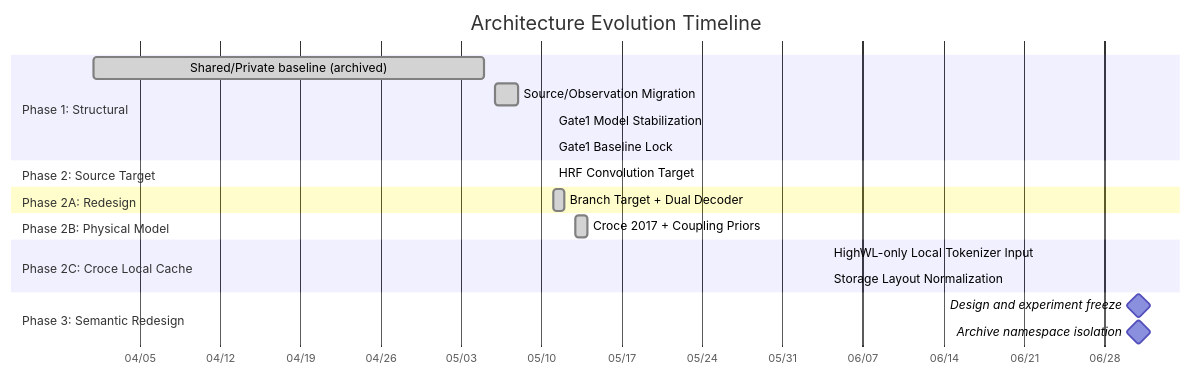
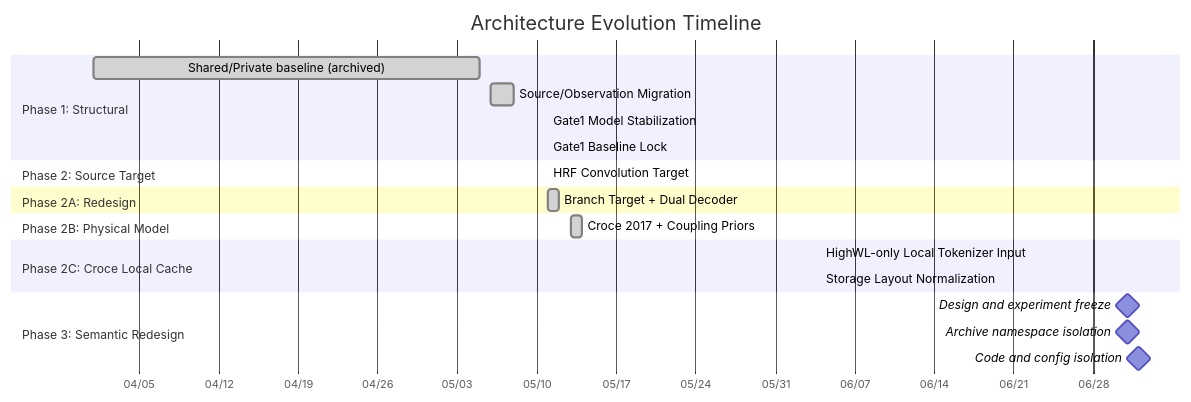
The diagram in docs/architecture_changelog/INDEX.md (Kevin65536/PID-MCM), drawn with Mermaid before and after one commit. The commit also changed other lines of this file and 249 other files, not shown here.

````diff
--- a/docs/architecture_changelog/INDEX.md
+++ b/docs/architecture_changelog/INDEX.md
@@ -12,25 +12,26 @@
 ```mermaid
 gantt
     accTitle: Architecture evolution timeline
     accDescr: The source observation lineage is complete through the Croce local runtime, followed by a planned physiology semantic tokenizer redesign.
     title Architecture Evolution Timeline
     dateFormat  YYYY-MM-DD
     axisFormat  %m/%d
     section Phase 1: Structural
         Shared/Private baseline (archived) :done, 2026-04-01, 2026-05-05
         Source/Observation Migration      :done, 2026-05-06, 2026-05-08
         Gate1 Model Stabilization         :done, 2026-05-11, 2026-05-11
         Gate1 Baseline Lock               :done, 2026-05-11, 2026-05-11
     section Phase 2: Source Target
         HRF Convolution Target            :done, 2026-05-11, 2026-05-11
     section Phase 2A: Redesign
         Branch Target + Dual Decoder      :done, 2026-05-11, 2026-05-12
     section Phase 2B: Physical Model
         Croce 2017 + Coupling Priors      :done, 2026-05-13, 2026-05-14
     section Phase 2C: Croce Local Cache
         HighWL-only Local Tokenizer Input :done, 2026-06-04, 2026-06-04
         Storage Layout Normalization      :done, 2026-06-04, 2026-06-04
     section Phase 3: Semantic Redesign
         Design and experiment freeze      :milestone, 2026-07-01, 0d
         Archive namespace isolation       :milestone, 2026-07-01, 0d
+        Code and config isolation         :milestone, 2026-07-02, 0d
 ```
````
